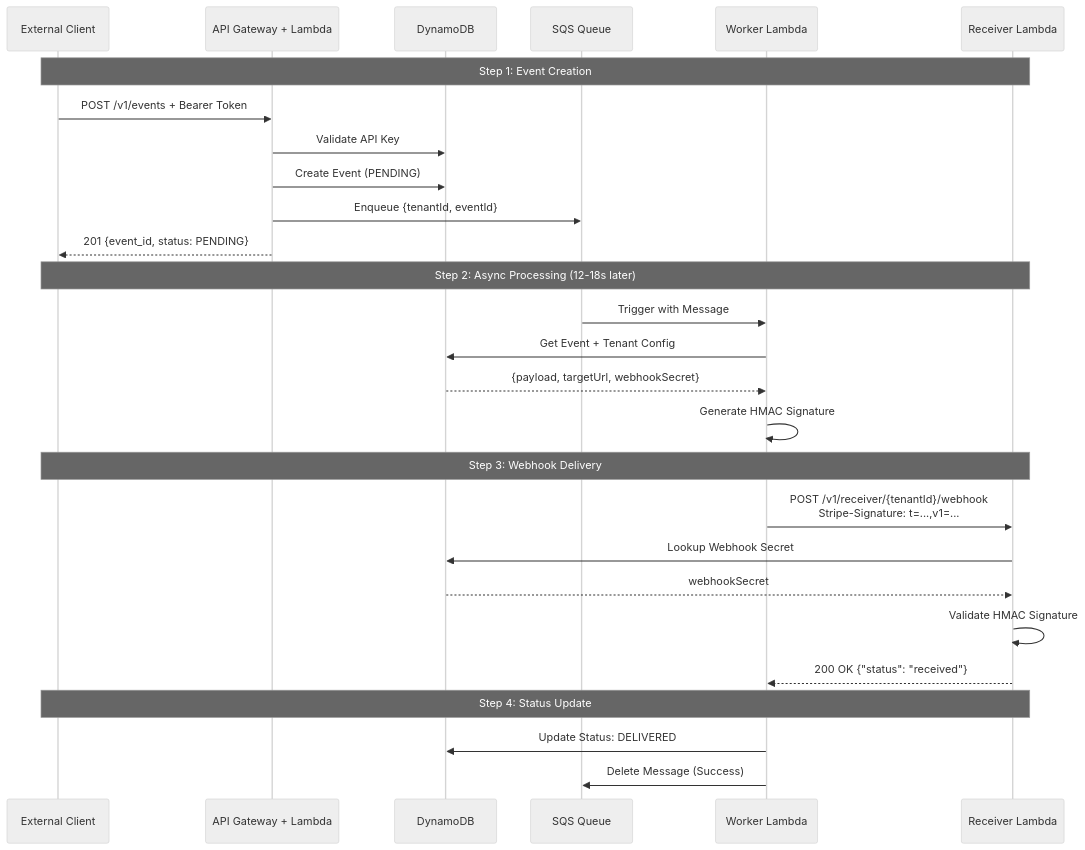
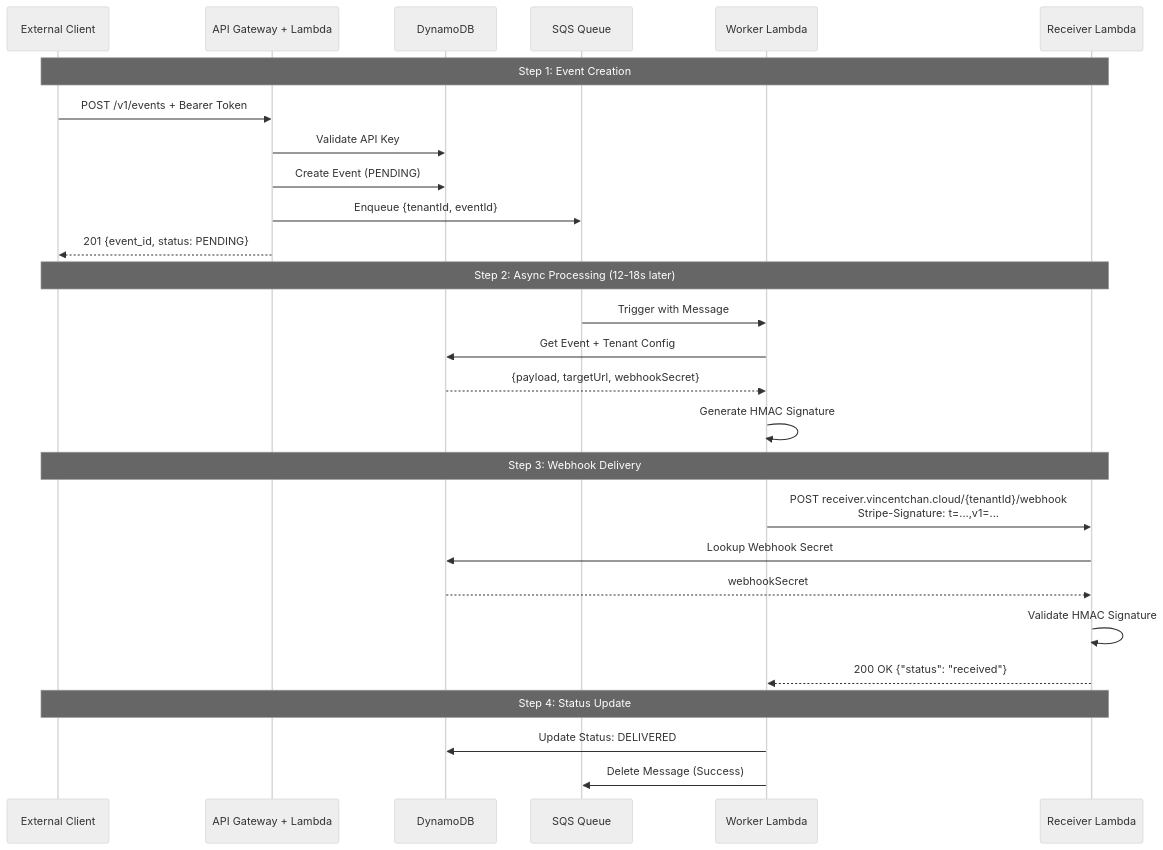
The fourth of 4 diagrams in README.md (lousydropout/webhook-delivery), drawn with Mermaid (neutral theme) before and after one commit. The commit also changed other lines of this file and 4 other files, not shown here.

First line of the commit message:
Move webhook receiver to separate subdomain receiver.vincentchan.cloud

````diff
--- a/README.md
+++ b/README.md
@@ -276,33 +283,33 @@
 ```mermaid
 sequenceDiagram
     participant Client as External Client
     participant API as API Gateway + Lambda
     participant DB as DynamoDB
     participant SQS as SQS Queue
     participant Worker as Worker Lambda
     participant Receiver as Receiver Lambda
 
     Note over Client,Receiver: Step 1: Event Creation
     Client->>API: POST /v1/events + Bearer Token
     API->>DB: Validate API Key
     API->>DB: Create Event (PENDING)
     API->>SQS: Enqueue {tenantId, eventId}
     API-->>Client: 201 {event_id, status: PENDING}
 
     Note over Client,Receiver: Step 2: Async Processing (12-18s later)
     SQS->>Worker: Trigger with Message
     Worker->>DB: Get Event + Tenant Config
     DB-->>Worker: {payload, targetUrl, webhookSecret}
     Worker->>Worker: Generate HMAC Signature
 
     Note over Client,Receiver: Step 3: Webhook Delivery
-    Worker->>Receiver: POST /v1/receiver/{tenantId}/webhook<br/>Stripe-Signature: t=...,v1=...
+    Worker->>Receiver: POST receiver.vincentchan.cloud/{tenantId}/webhook<br/>Stripe-Signature: t=...,v1=...
     Receiver->>DB: Lookup Webhook Secret
     DB-->>Receiver: webhookSecret
     Receiver->>Receiver: Validate HMAC Signature
     Receiver-->>Worker: 200 OK {"status": "received"}
 
     Note over Client,Receiver: Step 4: Status Update
     Worker->>DB: Update Status: DELIVERED
     Worker->>SQS: Delete Message (Success)
 ```
````
